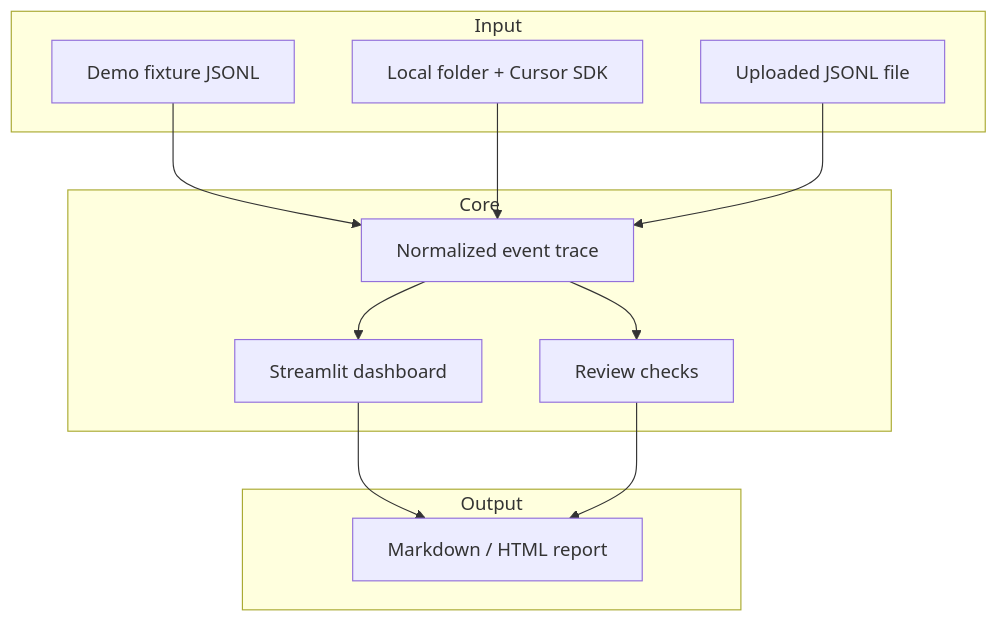
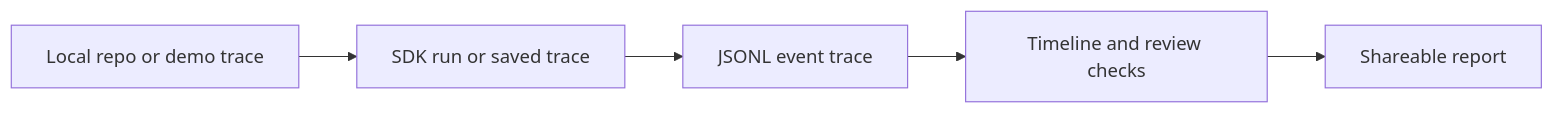
Before and after one commit to GwriPennar/cursor-sdk-flight-recorder: the second of 2 diagrams in README.md, drawn with Mermaid. The commit also changed other lines of this file, not shown here.

````diff
--- a/README.md
+++ b/README.md
@@ -83,23 +153,7 @@
 ```mermaid
-flowchart TB
-    subgraph Input
-        D[Demo fixture JSONL]
-        L[Local folder + Cursor SDK]
-        U[Uploaded JSONL file]
-    end
-    subgraph Core
-        T[Normalized event trace]
-        V[Streamlit dashboard]
-        G[Review checks]
-    end
-    subgraph Output
-        R[Markdown / HTML report]
-    end
-    D --> T
-    L --> T
-    U --> T
-    T --> V
-    T --> G
-    V --> R
-    G --> R
+flowchart LR
+    P[Local repo or demo trace] --> S[SDK run or saved trace]
+    S --> T[JSONL event trace]
+    T --> V[Timeline and review checks]
+    V --> R[Shareable report]
 ```
````
